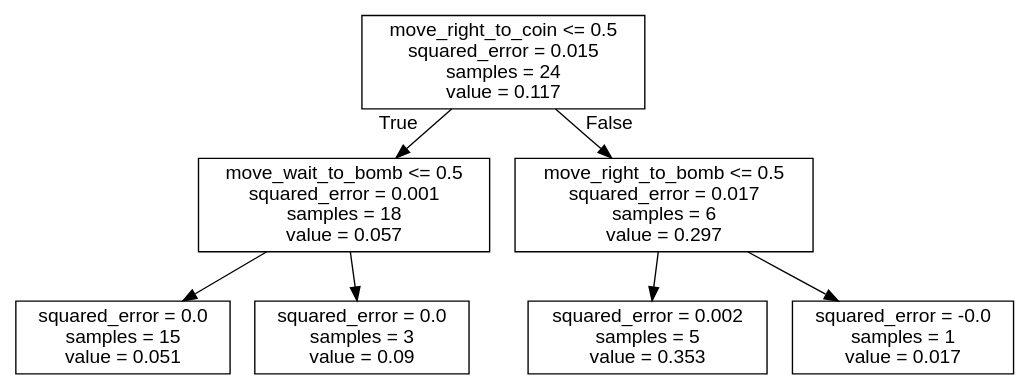
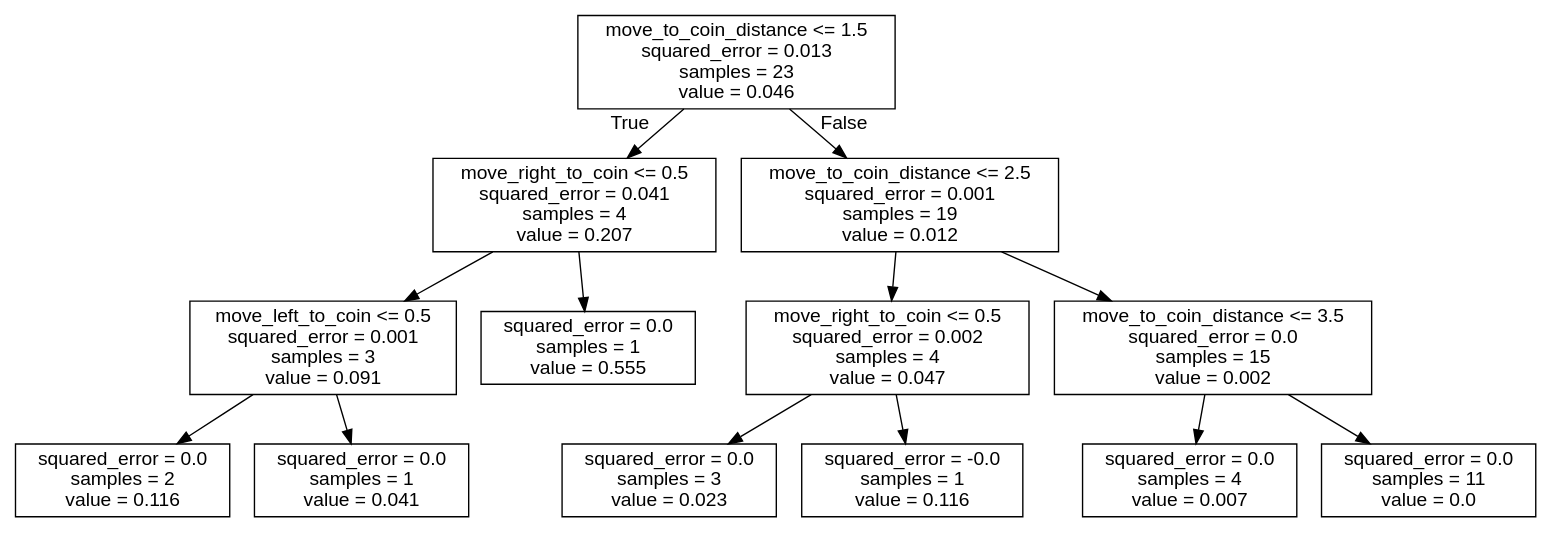
One commit to J-Gann/FML changed the diagram in bomberman_rl/agent_code/my_agent/trees/RIGHT.dot. Above: the diagram before and after it, drawn with Graphviz. The commit also changed 10 other files, not shown here.

```diff
--- a/bomberman_rl/agent_code/my_agent/trees/RIGHT.dot
+++ b/bomberman_rl/agent_code/my_agent/trees/RIGHT.dot
@@ -1,17 +1,29 @@
 digraph Tree {
 node [shape=box, fontname="helvetica"] ;
 edge [fontname="helvetica"] ;
-0 [label="move_right_to_coin <= 0.5\nsquared_error = 0.015\nsamples = 24\nvalue = 0.117"] ;
-1 [label="move_wait_to_bomb <= 0.5\nsquared_error = 0.001\nsamples = 18\nvalue = 0.057"] ;
+0 [label="move_to_coin_distance <= 1.5\nsquared_error = 0.013\nsamples = 23\nvalue = 0.046"] ;
+1 [label="move_right_to_coin <= 0.5\nsquared_error = 0.041\nsamples = 4\nvalue = 0.207"] ;
 0 -> 1 [labeldistance=2.5, labelangle=45, headlabel="True"] ;
-2 [label="squared_error = 0.0\nsamples = 15\nvalue = 0.051"] ;
+2 [label="move_left_to_coin <= 0.5\nsquared_error = 0.001\nsamples = 3\nvalue = 0.091"] ;
 1 -> 2 ;
-3 [label="squared_error = 0.0\nsamples = 3\nvalue = 0.09"] ;
-1 -> 3 ;
-4 [label="move_right_to_bomb <= 0.5\nsquared_error = 0.017\nsamples = 6\nvalue = 0.297"] ;
-0 -> 4 [labeldistance=2.5, labelangle=-45, headlabel="False"] ;
-5 [label="squared_error = 0.002\nsamples = 5\nvalue = 0.353"] ;
-4 -> 5 ;
-6 [label="squared_error = -0.0\nsamples = 1\nvalue = 0.017"] ;
-4 -> 6 ;
+3 [label="squared_error = 0.0\nsamples = 2\nvalue = 0.116"] ;
+2 -> 3 ;
+4 [label="squared_error = 0.0\nsamples = 1\nvalue = 0.041"] ;
+2 -> 4 ;
+5 [label="squared_error = 0.0\nsamples = 1\nvalue = 0.555"] ;
+1 -> 5 ;
+6 [label="move_to_coin_distance <= 2.5\nsquared_error = 0.001\nsamples = 19\nvalue = 0.012"] ;
+0 -> 6 [labeldistance=2.5, labelangle=-45, headlabel="False"] ;
+7 [label="move_right_to_coin <= 0.5\nsquared_error = 0.002\nsamples = 4\nvalue = 0.047"] ;
+6 -> 7 ;
+8 [label="squared_error = 0.0\nsamples = 3\nvalue = 0.023"] ;
+7 -> 8 ;
+9 [label="squared_error = -0.0\nsamples = 1\nvalue = 0.116"] ;
+7 -> 9 ;
+10 [label="move_to_coin_distance <= 3.5\nsquared_error = 0.0\nsamples = 15\nvalue = 0.002"] ;
+6 -> 10 ;
+11 [label="squared_error = 0.0\nsamples = 4\nvalue = 0.007"] ;
+10 -> 11 ;
+12 [label="squared_error = 0.0\nsamples = 11\nvalue = 0.0"] ;
+10 -> 12 ;
 }
```
